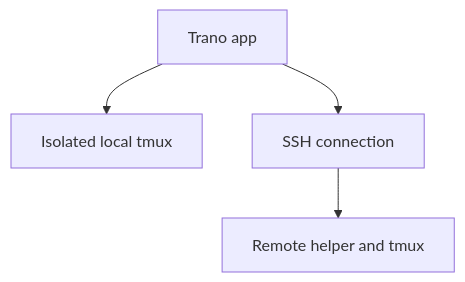
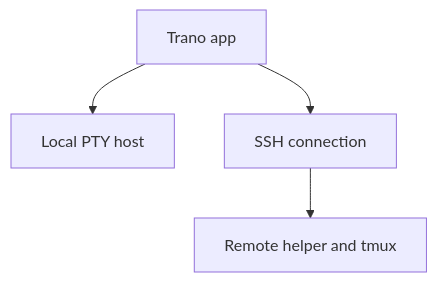
The diagram in README.md (peterlyoo/trano), drawn with Mermaid before and after one commit. The commit also changed other lines of this file and 845 other files, not shown here.

````diff
--- a/README.md
+++ b/README.md
@@ -25,6 +31,6 @@
 ```mermaid
 flowchart TD
-    App["Trano app"] --> Local["Isolated local tmux"]
+    App["Trano app"] --> Local["Local PTY host"]
     App --> SSH["SSH connection"]
     SSH --> Remote["Remote helper and tmux"]
 ```
````
